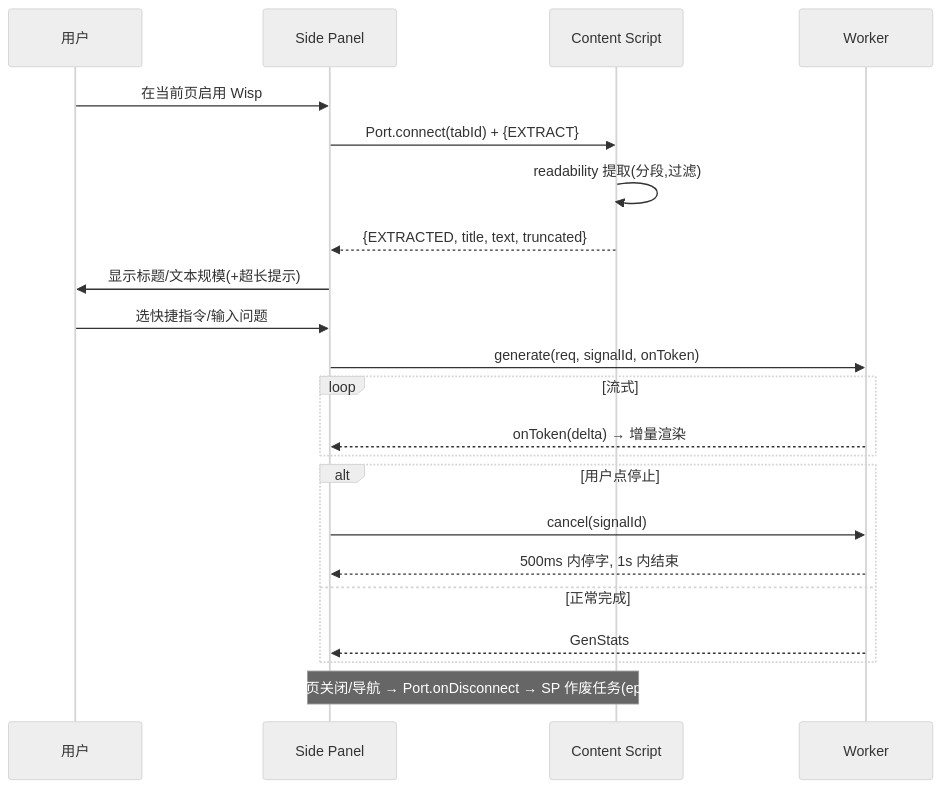
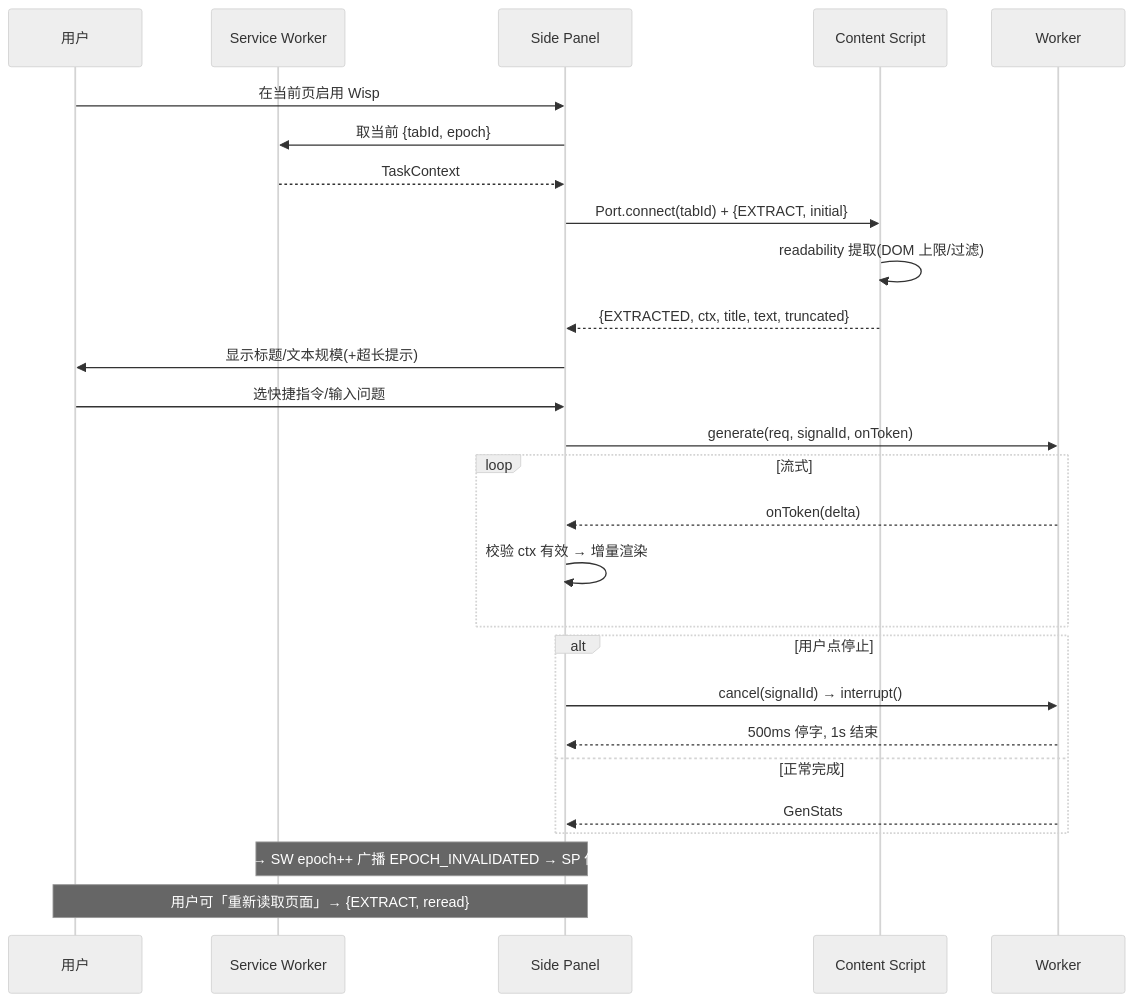
One commit to Mr-CG-end/wisp-ai-copilot changed the second of 3 diagrams in docs/Wisp_设计文档.md. Above: the diagram before and after it, drawn with Mermaid (neutral theme). The commit also changed other lines of this file, not shown here.

````diff
--- a/docs/Wisp_设计文档.md
+++ b/docs/Wisp_设计文档.md
@@ -356,24 +459,29 @@
 ```mermaid
 sequenceDiagram
     participant U as 用户
+    participant SW as Service Worker
     participant SP as Side Panel
     participant CS as Content Script
     participant W as Worker
     U->>SP: 在当前页启用 Wisp
-    SP->>CS: Port.connect(tabId) + {EXTRACT}
-    CS->>CS: readability 提取(分段,过滤)
-    CS-->>SP: {EXTRACTED, title, text, truncated}
+    SP->>SW: 取当前 {tabId, epoch}
+    SW-->>SP: TaskContext
+    SP->>CS: Port.connect(tabId) + {EXTRACT, initial}
+    CS->>CS: readability 提取(DOM 上限/过滤)
+    CS-->>SP: {EXTRACTED, ctx, title, text, truncated}
     SP->>U: 显示标题/文本规模(+超长提示)
     U->>SP: 选快捷指令/输入问题
     SP->>W: generate(req, signalId, onToken)
     loop 流式
-        W-->>SP: onToken(delta) → 增量渲染
+        W-->>SP: onToken(delta)
+        SP->>SP: 校验 ctx 有效 → 增量渲染
     end
     alt 用户点停止
-        SP->>W: cancel(signalId)
-        W-->>SP: 500ms 内停字, 1s 内结束
+        SP->>W: cancel(signalId) → interrupt()
+        W-->>SP: 500ms 停字, 1s 结束
     else 正常完成
         W-->>SP: GenStats
     end
-    Note over CS,SP: 标签页关闭/导航 → Port.onDisconnect → SP 作废任务(epoch)
+    Note over SW,SP: 导航/关闭 → SW epoch++ 广播 EPOCH_INVALIDATED → SP 作废旧任务
+    Note over U,SP: 用户可「重新读取页面」→ {EXTRACT, reread}
 ```
````
